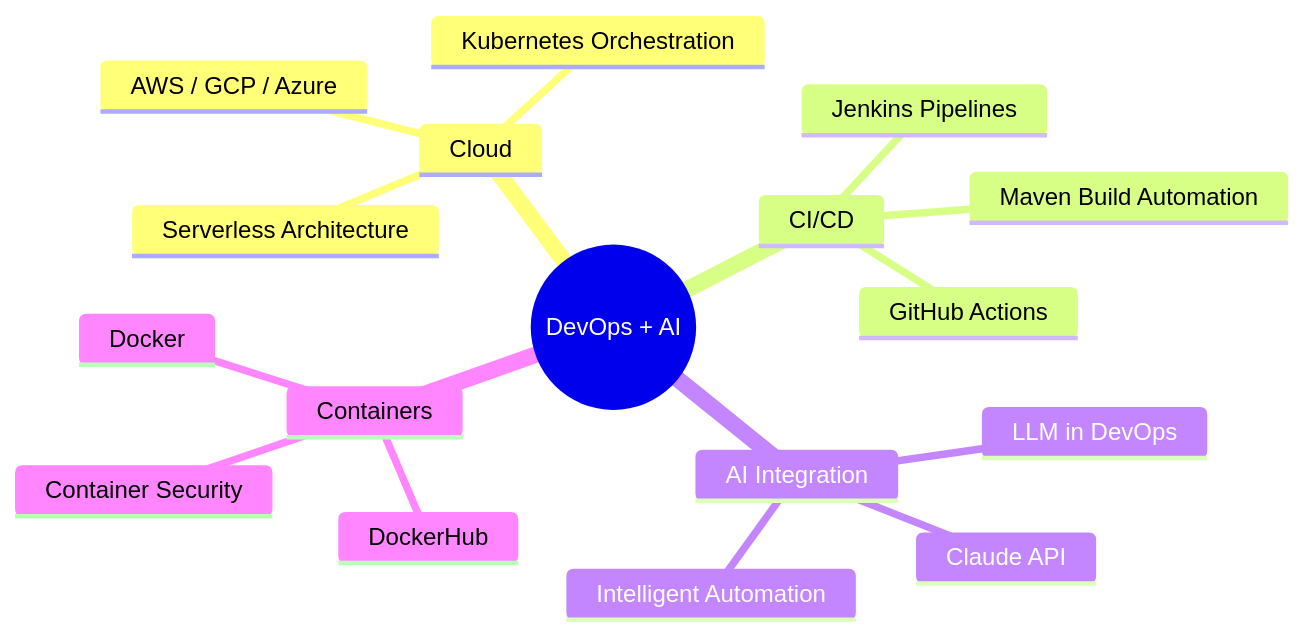
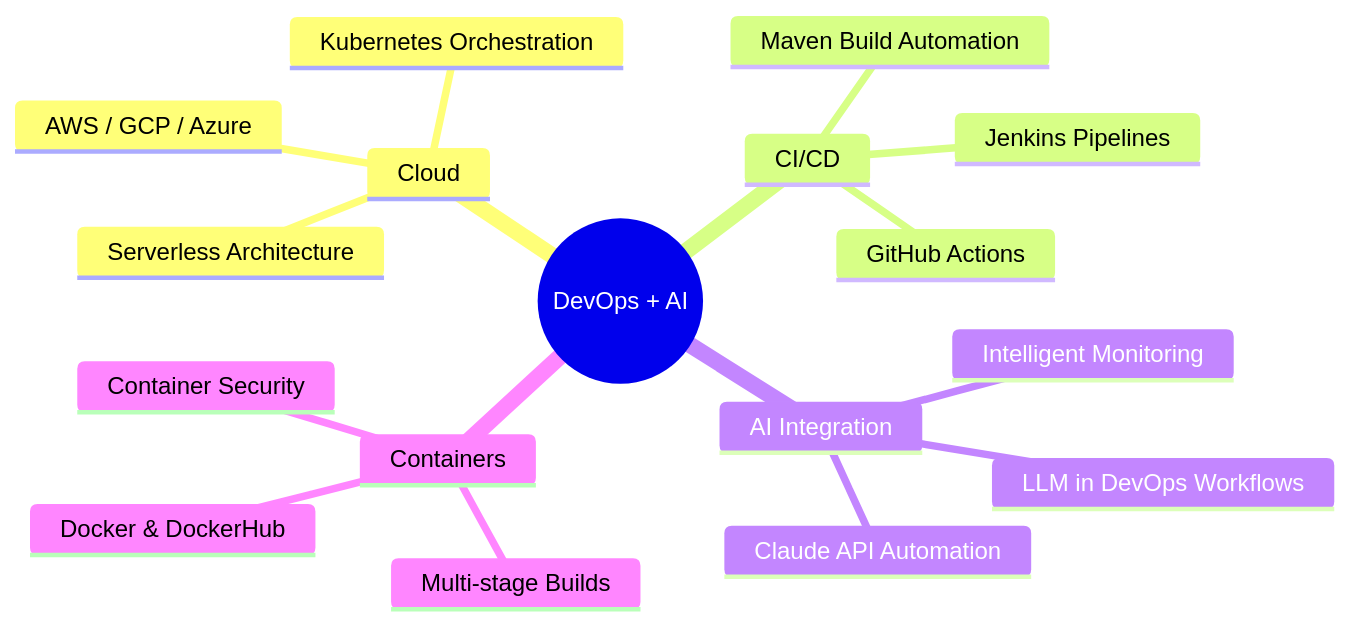
The diagram in README.md (kirantej860-bit/kirantej860-bit), drawn with Mermaid before and after one commit. The commit also changed other lines of this file, not shown here.

Commit message:
✨ Professional DevOps+AI profile README - recruiter optimized

````diff
--- a/README.md
+++ b/README.md
@@ -136,20 +126,20 @@
 ```mermaid
 mindmap
   root((DevOps + AI))
     Cloud
       AWS / GCP / Azure
       Kubernetes Orchestration
       Serverless Architecture
     CI/CD
       Jenkins Pipelines
       GitHub Actions
       Maven Build Automation
     AI Integration
-      LLM in DevOps
-      Claude API
-      Intelligent Automation
+      LLM in DevOps Workflows
+      Claude API Automation
+      Intelligent Monitoring
     Containers
-      Docker
-      DockerHub
+      Docker & DockerHub
       Container Security
+      Multi-stage Builds
 ```
````
